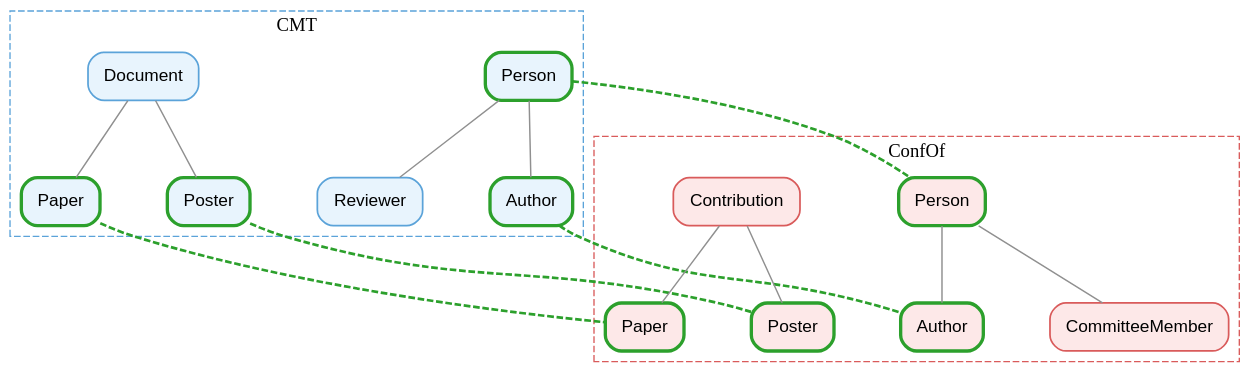
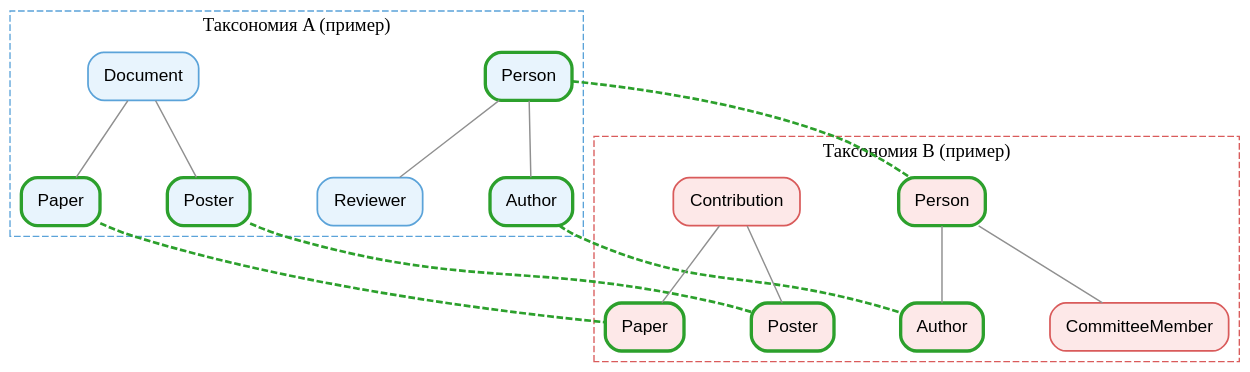
The diagram in presentation/images/matching_diagram.dot (ivan-mikhnovich/nir), drawn with Graphviz before and after one commit. The commit also changed 15 other files, not shown here.

```diff
--- a/presentation/images/matching_diagram.dot
+++ b/presentation/images/matching_diagram.dot
@@ -1,56 +1,56 @@
 digraph matching {
   rankdir=TB
   bgcolor="transparent"
   nodesep=0.7
   ranksep=0.8
   node [shape=box, style="rounded,filled", fontname="Arial",
         fontsize=13, margin="0.15,0.10"]
   edge [color="#909090", penwidth=1.1, arrowhead=none]
 
-  // ── Source (left) ──
+  // Source taxonomy.
   subgraph cluster_src {
-    label="CMT"
+    label="Таксономия A (пример)"
     style=dashed
     color="#5ba3d9"
     fontsize=14
 
     s_Document   [label="Document",    fillcolor="#e8f4fd", color="#5ba3d9" penwidth=1.3]
     s_Paper      [label="Paper",       fillcolor="#e8f4fd", color="#2ca02c" penwidth=2.5]
     s_Poster     [label="Poster",      fillcolor="#e8f4fd", color="#2ca02c" penwidth=2.5]
     s_Person     [label="Person",      fillcolor="#e8f4fd", color="#2ca02c" penwidth=2.5]
     s_Author     [label="Author",      fillcolor="#e8f4fd", color="#2ca02c" penwidth=2.5]
     s_Reviewer   [label="Reviewer",    fillcolor="#e8f4fd", color="#5ba3d9" penwidth=1.3]
 
     s_Document -> s_Paper
     s_Document -> s_Poster
     s_Person -> s_Author
     s_Person -> s_Reviewer
   }
 
-  // ── Target (right) ──
+  // Target taxonomy.
   subgraph cluster_tgt {
-    label="ConfOf"
+    label="Таксономия B (пример)"
     style=dashed
     color="#d95b5b"
     fontsize=14
 
     t_Contribution  [label="Contribution",   fillcolor="#fde8e8", color="#d95b5b" penwidth=1.3]
     t_Paper         [label="Paper",          fillcolor="#fde8e8", color="#2ca02c" penwidth=2.5]
     t_Poster        [label="Poster",         fillcolor="#fde8e8", color="#2ca02c" penwidth=2.5]
     t_Human         [label="Person",         fillcolor="#fde8e8", color="#2ca02c" penwidth=2.5]
     t_Author        [label="Author",         fillcolor="#fde8e8", color="#2ca02c" penwidth=2.5]
     t_Committee     [label="CommitteeMember", fillcolor="#fde8e8", color="#d95b5b" penwidth=1.3]
 
     t_Contribution -> t_Paper
     t_Contribution -> t_Poster
     t_Human -> t_Author
     t_Human -> t_Committee
   }
 
-  // ── Match edges ──
+  // Class correspondences.
   edge [color="#2ca02c", penwidth=2.0, style=dashed, arrowhead=none]
   s_Paper  -> t_Paper
   s_Poster -> t_Poster
   s_Person -> t_Human
   s_Author -> t_Author
 }
```
